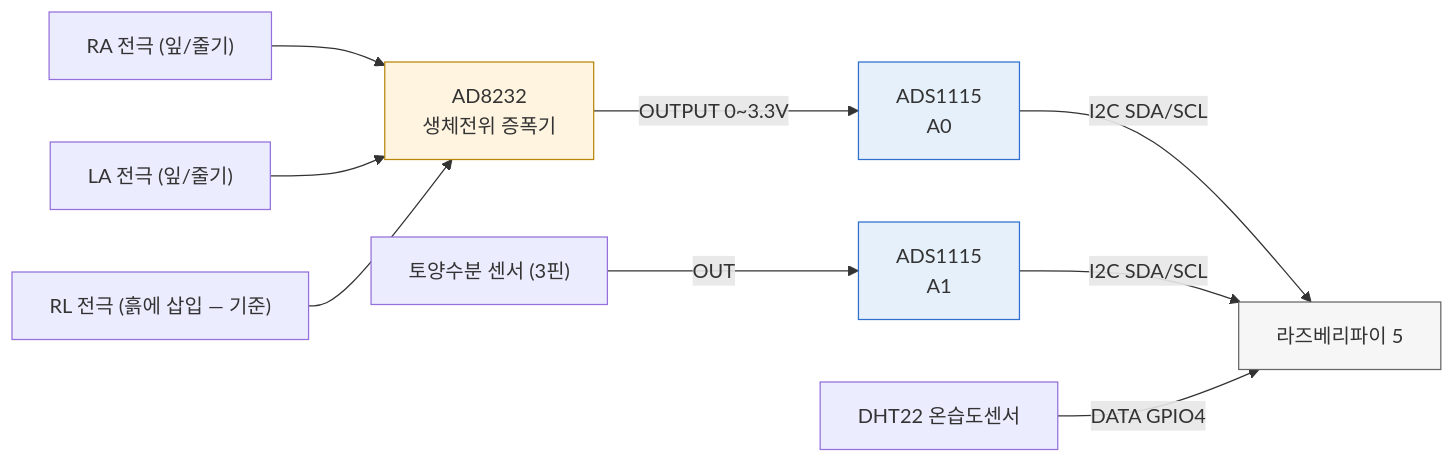
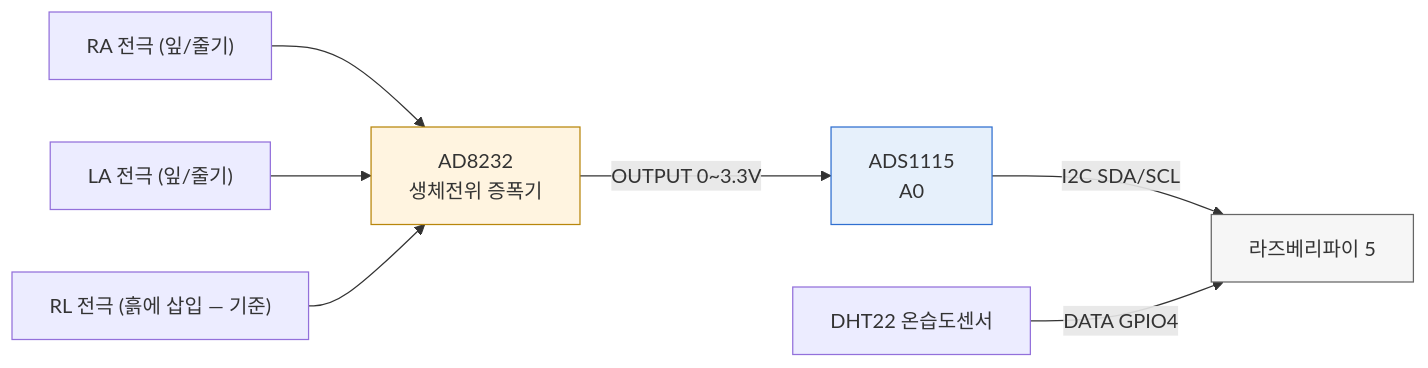
One commit to packsunjin/GML_PLANT changed the diagram in README.md. Above: the diagram before and after it, drawn with Mermaid. The commit also changed other lines of this file and 5 other files, not shown here.

````diff
--- a/README.md
+++ b/README.md
@@ -210,16 +210,13 @@
 ```mermaid
 graph LR
     RA["RA 전극 (잎/줄기)"] --> AD8232["AD8232<br/>생체전위 증폭기"]
     LA["LA 전극 (잎/줄기)"] --> AD8232
     RL["RL 전극 (흙에 삽입 — 기준)"] --> AD8232
     AD8232 -->|"OUTPUT 0~3.3V"| A0["ADS1115<br/>A0"]
-    MOIST["토양수분 센서 (3핀)"] -->|"OUT"| A1["ADS1115<br/>A1"]
     A0 -->|"I2C SDA/SCL"| PI["라즈베리파이 5"]
-    A1 -->|"I2C SDA/SCL"| PI
     DHT["DHT22 온습도센서"] -->|"DATA GPIO4"| PI
 
     style AD8232 fill:#fff4e0,stroke:#b8860b
     style A0 fill:#e6f0fb,stroke:#2f6fd0
-    style A1 fill:#e6f0fb,stroke:#2f6fd0
     style PI fill:#f6f6f6,stroke:#666
 ```
````
